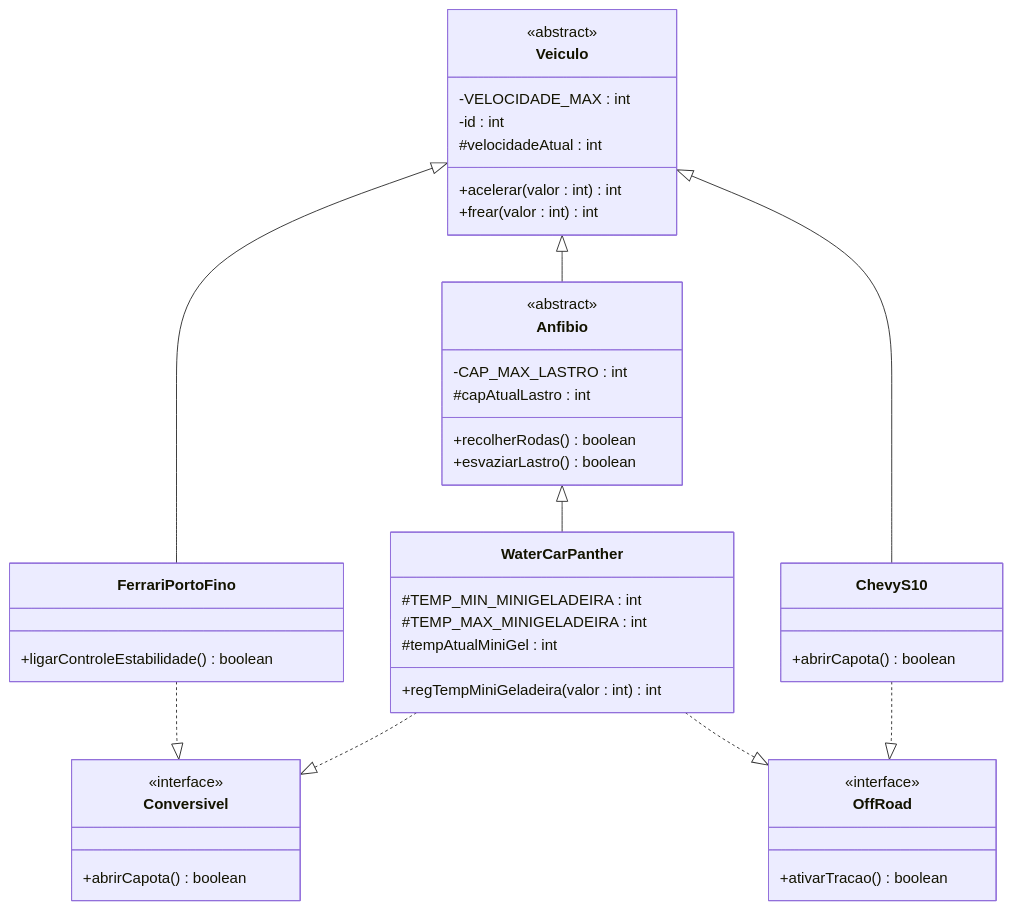
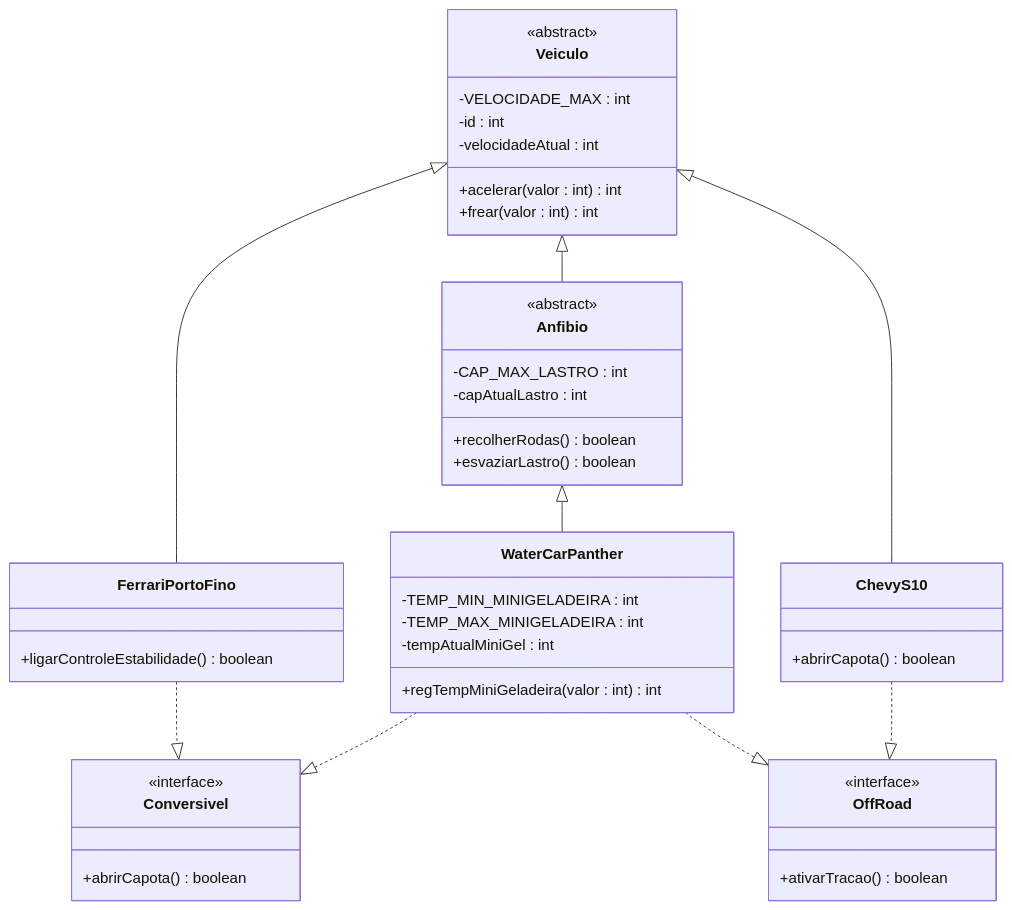
Before and after one commit to LuisEAbreu/poo: the diagram in laboratorios/lab-06/README.md, drawn with Mermaid.

Commit message:
Alterando acesso de protected para private

````diff
--- a/laboratorios/lab-06/README.md
+++ b/laboratorios/lab-06/README.md
@@ -1,52 +1,52 @@
 ```mermaid
 classDiagram
     
     class Veiculo {
         <<abstract>>
         -VELOCIDADE_MAX : int
         -id : int
-        #velocidadeAtual : int
+        -velocidadeAtual : int
         +acelerar(valor : int) int
         +frear(valor : int) int
     }
 
     class Anfibio{
         <<abstract>>
         -CAP_MAX_LASTRO : int
-        #capAtualLastro : int
+        -capAtualLastro : int
         +recolherRodas() boolean
         +esvaziarLastro() boolean
     }
     class Conversivel{
         <<interface>>
         +abrirCapota() boolean
     }
     class OffRoad{
         <<interface>>
         +ativarTracao() boolean
     }
     
     class FerrariPortoFino{
         +ligarControleEstabilidade() boolean
     }
     class ChevyS10{
         +abrirCapota() boolean
     }
     class WaterCarPanther{
-        #TEMP_MIN_MINIGELADEIRA : int
-        #TEMP_MAX_MINIGELADEIRA : int
-        #tempAtualMiniGel : int
+        -TEMP_MIN_MINIGELADEIRA : int
+        -TEMP_MAX_MINIGELADEIRA : int
+        -tempAtualMiniGel : int
         +regTempMiniGeladeira(valor : int) int
     }
     
     Veiculo <|-- Anfibio
     Veiculo <|-- FerrariPortoFino
     Veiculo <|-- ChevyS10
 
     Anfibio <|-- WaterCarPanther
     
     FerrariPortoFino ..|> Conversivel
     WaterCarPanther ..|> Conversivel
     WaterCarPanther ..|> OffRoad 
     ChevyS10 ..|> OffRoad
 ```
````
